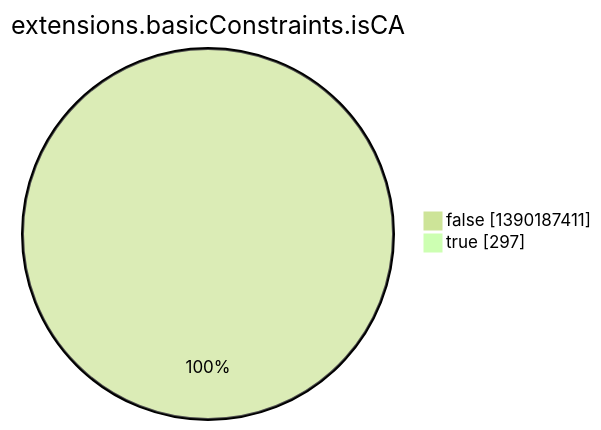
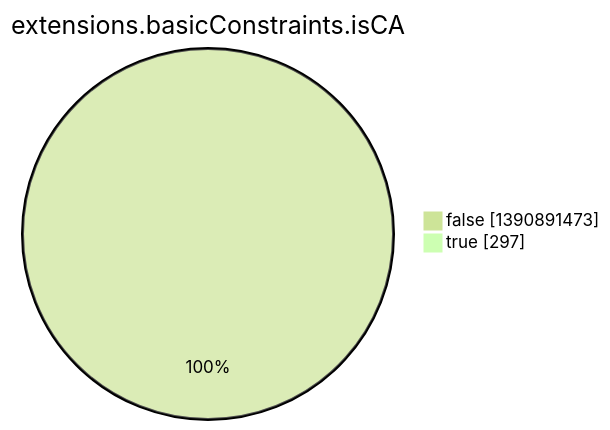
One commit to christiankrug/ctmonitor_visualization changed the eighth of 15 diagrams in argon2022/README.md. Above: the diagram before and after it, drawn with Mermaid (forest theme). The commit also changed other lines of this file, not shown here.

````diff
--- a/argon2022/README.md
+++ b/argon2022/README.md
@@ -2759,6 +2759,6 @@
 ```mermaid
 pie showData
 title extensions.basicConstraints.isCA
-"false" :1390187411
+"false" :1390891473
 "true" :297
 ```
````
